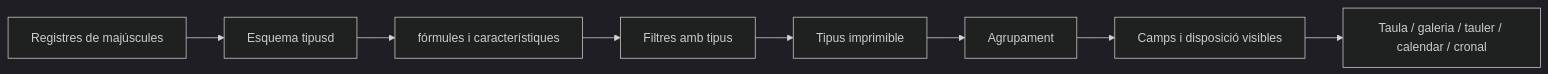
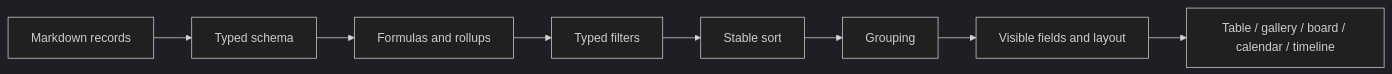
Before and after one commit to ismigar/Gnosi: the diagram in docs/engineering-ca/domains/database-views-planning.md, drawn with Mermaid (dark theme). The commit also changed other lines of this file and 391 other files, not shown here.

````diff
--- a/docs/engineering-ca/domains/database-views-planning.md
+++ b/docs/engineering-ca/domains/database-views-planning.md
@@ -47,10 +132,10 @@
 ```mermaid
 flowchart LR
-    Pages["Registres de majúscules"] --> Schema["Esquema tipusd"]
-    Schema --> Derived["fórmules i característiques"]
-    Derived --> Filter["Filtres amb tipus"]
-    Filter --> Sort["Tipus imprimible"]
-    Sort --> Group["Agrupament"]
-    Group --> Projection["Camps i disposició visibles"]
-    Projection --> Table["Taula / galeria / tauler / calendar / cronal"]
+    Pages["Markdown records"] --> Schema["Typed schema"]
+    Schema --> Derived["Formulas and rollups"]
+    Derived --> Filter["Typed filters"]
+    Filter --> Sort["Stable sort"]
+    Sort --> Group["Grouping"]
+    Group --> Projection["Visible fields and layout"]
+    Projection --> Table["Table / gallery / board / calendar / timeline"]
 ```
````
